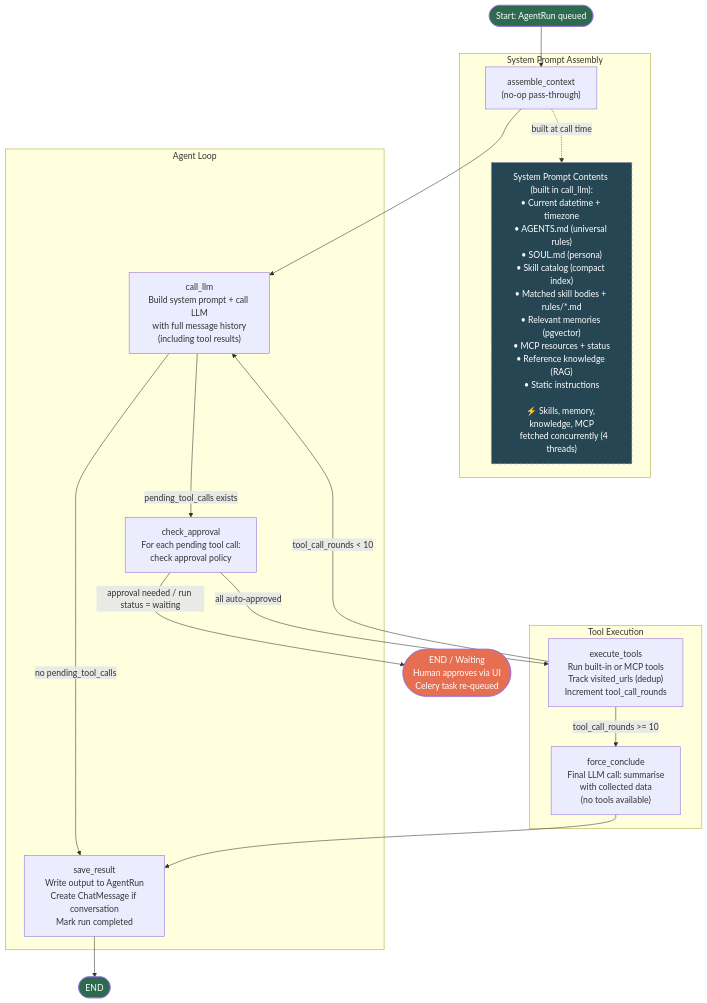
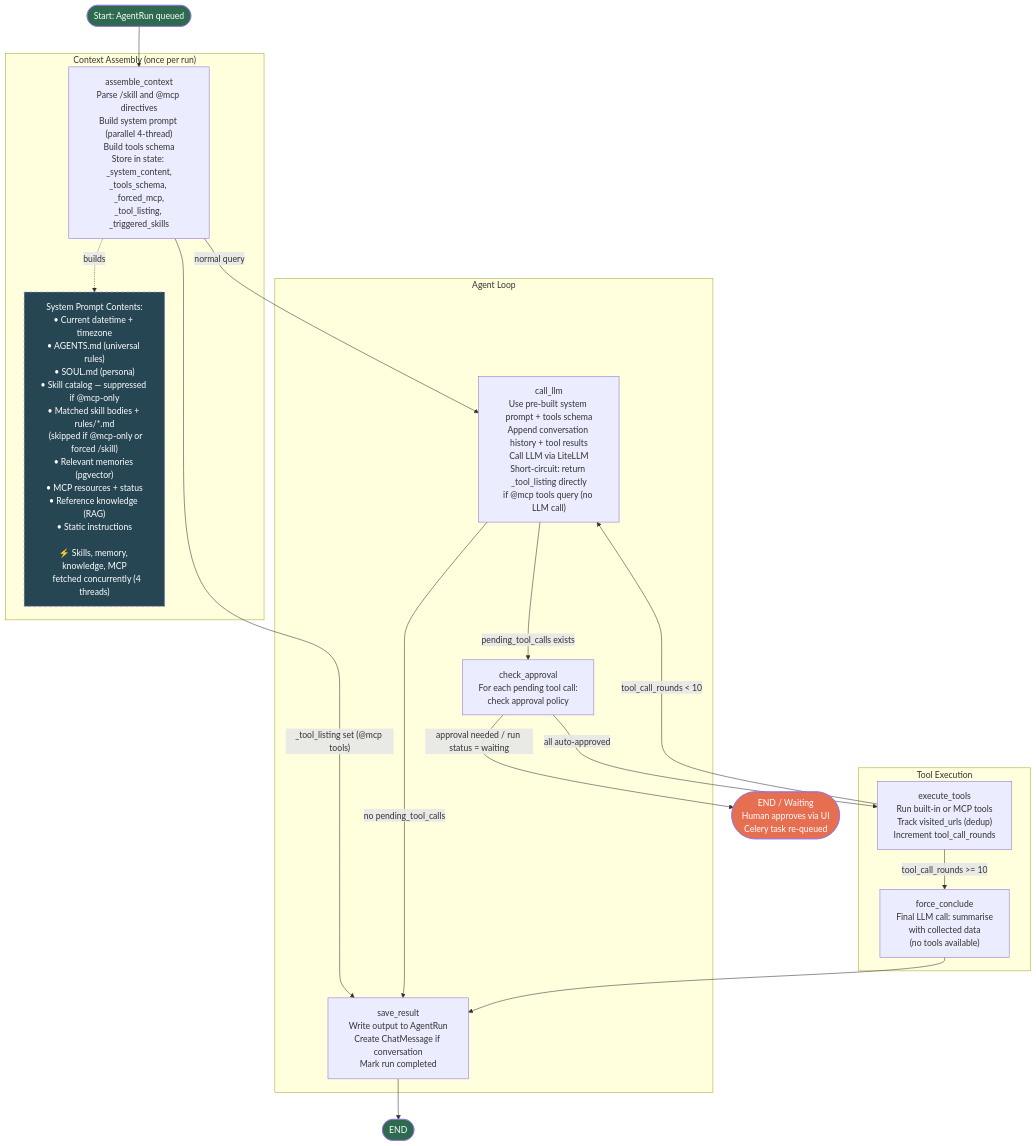
The diagram in .doc/agent-loop.md (fylee/GavinAgent), drawn with Mermaid before and after one commit. The commit also changed other lines of this file and 2 other files, not shown here.

First line of the commit message:
docs: update README, architecture.md, agent-loop.md for recent changes

````diff
--- a/.doc/agent-loop.md
+++ b/.doc/agent-loop.md
@@ -9,69 +9,78 @@
 ```mermaid
 flowchart TD
     START([Start: AgentRun queued]) --> assemble_context
 
-    subgraph "System Prompt Assembly"
+    subgraph "Context Assembly (once per run)"
         assemble_context["assemble_context
-(no-op pass-through)"]
-        SP["System Prompt Contents (built in call_llm):
+Parse /skill and @mcp directives
+Build system prompt (parallel 4-thread)
+Build tools schema
+Store in state: _system_content,
+_tools_schema, _forced_mcp,
+_tool_listing, _triggered_skills"]
+        SP["System Prompt Contents:
 • Current datetime + timezone
 • AGENTS.md (universal rules)
 • SOUL.md (persona)
-• Skill catalog (compact index)
+• Skill catalog — suppressed if @mcp-only
 • Matched skill bodies + rules/*.md
+  (skipped if @mcp-only or forced /skill)
 • Relevant memories (pgvector)
 • MCP resources + status
 • Reference knowledge (RAG)
 • Static instructions
 
 ⚡ Skills, memory, knowledge, MCP
    fetched concurrently (4 threads)"]
-        assemble_context -.->|built at call time| SP
+        assemble_context -.->|builds| SP
     end
 
     subgraph "Agent Loop"
         call_llm["call_llm
-Build system prompt + call LLM
-with full message history
-(including tool results)"]
+Use pre-built system prompt + tools schema
+Append conversation history + tool results
+Call LLM via LiteLLM
+Short-circuit: return _tool_listing directly
+if @mcp tools query (no LLM call)"]
         check_approval["check_approval
 For each pending tool call:
 check approval policy"]
         save_result["save_result
 Write output to AgentRun
 Create ChatMessage if conversation
 Mark run completed"]
     end
 
     subgraph "Tool Execution"
         execute_tools["execute_tools
 Run built-in or MCP tools
 Track visited_urls (dedup)
 Increment tool_call_rounds"]
         force_conclude["force_conclude
 Final LLM call: summarise
 with collected data
 (no tools available)"]
     end
 
-    assemble_context --> call_llm
+    assemble_context -->|"_tool_listing set (@mcp tools)"| save_result
+    assemble_context -->|"normal query"| call_llm
 
     call_llm -->|"pending_tool_calls exists"| check_approval
     call_llm -->|"no pending_tool_calls"| save_result
 
     check_approval -->|"approval needed / run status = waiting"| WAITING([END / Waiting
 Human approves via UI
 Celery task re-queued])
     check_approval -->|"all auto-approved"| execute_tools
 
     execute_tools -->|"tool_call_rounds < 10"| call_llm
     execute_tools -->|"tool_call_rounds >= 10"| force_conclude
 
     force_conclude --> save_result
     save_result --> END_NODE([END])
 
     style START fill:#2d6a4f,color:#fff
     style END_NODE fill:#2d6a4f,color:#fff
     style WAITING fill:#e76f51,color:#fff
     style SP fill:#264653,color:#fff,stroke-dasharray: 5 5
 ```
````
